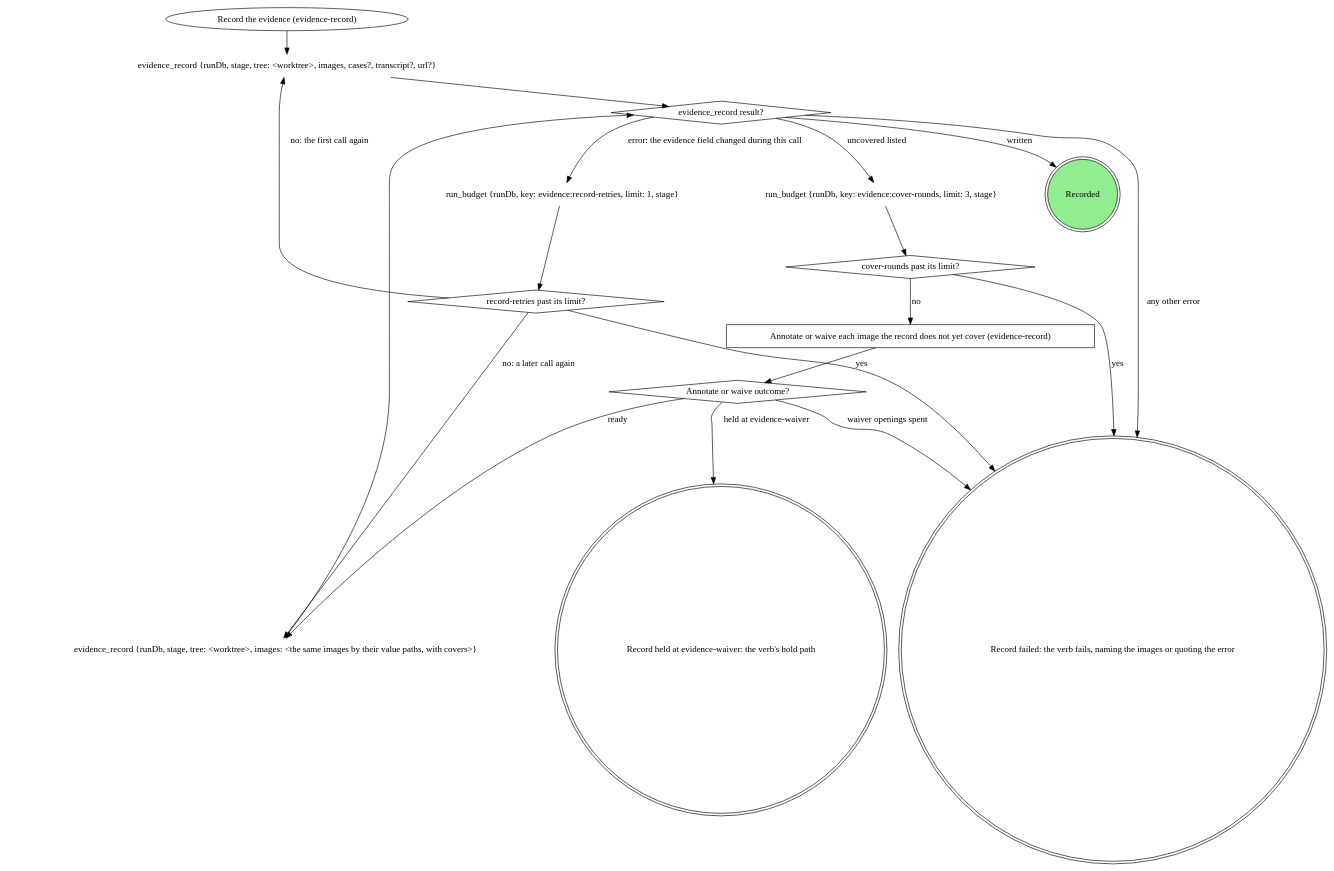
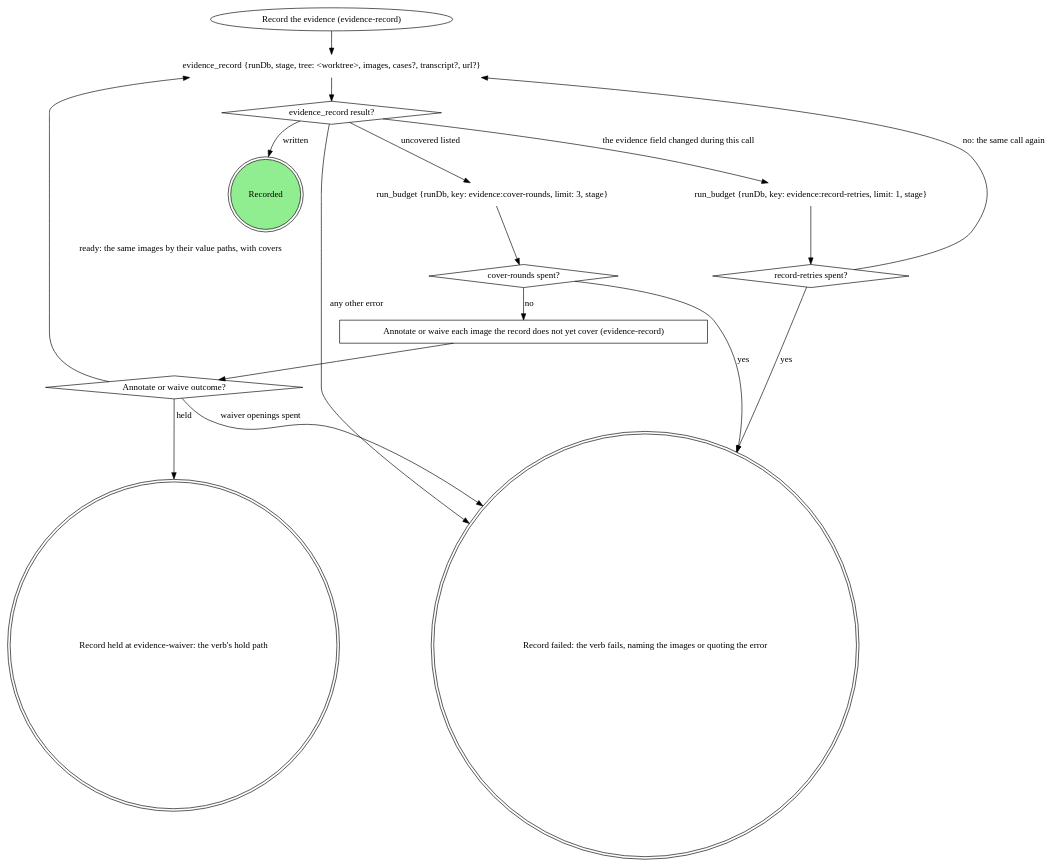
Before and after one commit to m4ttstack/mattstack: the first of 3 diagrams in plugins/mattstack/attachments/evidence-record/SKILL.md, drawn with Graphviz. The commit also changed other lines of this file and 1 other file, not shown here.

Commit message:
evidence skills: trim pass (budgets, compact counters, 25% smaller)

````diff
--- a/plugins/mattstack/attachments/evidence-record/SKILL.md
+++ b/plugins/mattstack/attachments/evidence-record/SKILL.md
@@ -36,35 +33,31 @@
 ```dot
 digraph record_evidence {
     "Record the evidence (evidence-record)" [shape=ellipse];
     "evidence_record {runDb, stage, tree: <worktree>, images, cases?, transcript?, url?}" [shape=plaintext];
     "evidence_record result?" [shape=diamond];
     "run_budget {runDb, key: evidence:cover-rounds, limit: 3, stage}" [shape=plaintext];
-    "cover-rounds past its limit?" [shape=diamond];
+    "cover-rounds spent?" [shape=diamond];
     "Annotate or waive each image the record does not yet cover (evidence-record)" [shape=box];
     "Annotate or waive outcome?" [shape=diamond];
-    "evidence_record {runDb, stage, tree: <worktree>, images: <the same images by their value paths, with covers>}" [shape=plaintext];
     "run_budget {runDb, key: evidence:record-retries, limit: 1, stage}" [shape=plaintext];
-    "record-retries past its limit?" [shape=diamond];
+    "record-retries spent?" [shape=diamond];
     "Recorded" [shape=doublecircle style=filled fillcolor=lightgreen];
     "Record held at evidence-waiver: the verb's hold path" [shape=doublecircle];
     "Record failed: the verb fails, naming the images or quoting the error" [shape=doublecircle];
 
     "Record the evidence (evidence-record)" -> "evidence_record {runDb, stage, tree: <worktree>, images, cases?, transcript?, url?}" -> "evidence_record result?";
-    "evidence_record {runDb, stage, tree: <worktree>, images: <the same images by their value paths, with covers>}" -> "evidence_record result?";
     "evidence_record result?" -> "Recorded" [label="written"];
     "evidence_record result?" -> "run_budget {runDb, key: evidence:cover-rounds, limit: 3, stage}" [label="uncovered listed"];
-    "evidence_record result?" -> "run_budget {runDb, key: evidence:record-retries, limit: 1, stage}" [label="error: the evidence field changed during this call"];
+    "evidence_record result?" -> "run_budget {runDb, key: evidence:record-retries, limit: 1, stage}" [label="the evidence field changed during this call"];
     "evidence_record result?" -> "Record failed: the verb fails, naming the images or quoting the error" [label="any other error"];
-    "run_budget {runDb, key: evidence:cover-rounds, limit: 3, stage}" -> "cover-rounds past its limit?";
-    "cover-rounds past its limit?" -> "Annotate or waive each image the record does not yet cover (evidence-record)" [label="no"];
-    "cover-rounds past its limit?" -> "Record failed: the verb fails, naming the images or quoting the error" [label="yes"];
+    "run_budget {runDb, key: evidence:cover-rounds, limit: 3, stage}" -> "cover-rounds spent?";
+    "cover-rounds spent?" -> "Annotate or waive each image the record does not yet cover (evidence-record)" [label="no"];
     "Annotate or waive each image the record does not yet cover (evidence-record)" -> "Annotate or waive outcome?";
-    "Annotate or waive outcome?" -> "evidence_record {runDb, stage, tree: <worktree>, images: <the same images by their value paths, with covers>}" [label="ready"];
-    "Annotate or waive outcome?" -> "Record held at evidence-waiver: the verb's hold path" [label="held at evidence-waiver"];
+    "Annotate or waive outcome?" -> "evidence_record {runDb, stage, tree: <worktree>, images, cases?, transcript?, url?}" [label="ready: the same images by their value paths, with covers"];
+    "Annotate or waive outcome?" -> "Record held at evidence-waiver: the verb's hold path" [label="held"];
     "Annotate or waive outcome?" -> "Record failed: the verb fails, naming the images or quoting the error" [label="waiver openings spent"];
-    "run_budget {runDb, key: evidence:record-retries, limit: 1, stage}" -> "record-retries past its limit?";
-    "record-retries past its limit?" -> "evidence_record {runDb, stage, tree: <worktree>, images, cases?, transcript?, url?}" [label="no: the first call again"];
-    "record-retries past its limit?" -> "evidence_record {runDb, stage, tree: <worktree>, images: <the same images by their value paths, with covers>}" [label="no: a later call again"];
-    "record-retries past its limit?" -> "Record failed: the verb fails, naming the images or quoting the error" [label="yes"];
+    "run_budget {runDb, key: evidence:record-retries, limit: 1, stage}" -> "record-retries spent?";
+    "record-retries spent?" -> "evidence_record {runDb, stage, tree: <worktree>, images, cases?, transcript?, url?}" [label="no: the same call again"];
+    {"cover-rounds spent?" "record-retries spent?"} -> "Record failed: the verb fails, naming the images or quoting the error" [label="yes"];
 }
 ```
````
